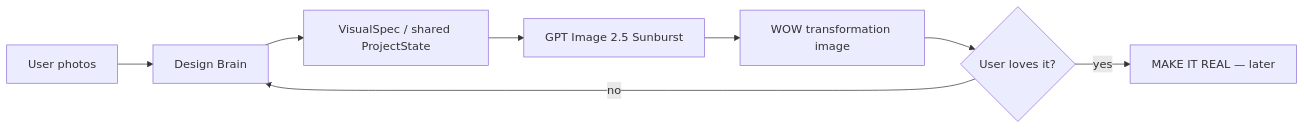
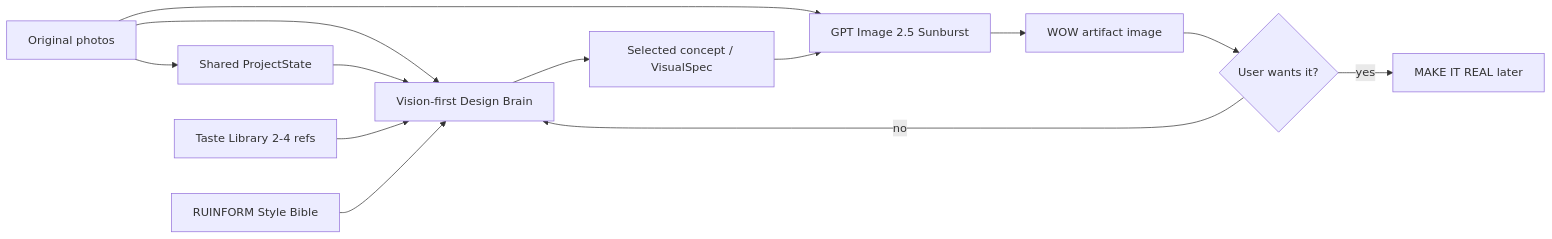
Before and after one commit to Alexanfr-God/ruinform-intelligence: the diagram in docs/RUINFORM_MVP_ROADMAP.md, drawn with Mermaid. The commit also changed other lines of this file and 6 other files, not shown here.

Commit message:
RFM-INT-0009: make Design Brain vision-first and add RUINFORM skill system

````diff
--- a/docs/RUINFORM_MVP_ROADMAP.md
+++ b/docs/RUINFORM_MVP_ROADMAP.md
@@ -26,10 +29,15 @@
 ```mermaid
 flowchart LR
-    A[User photos] --> B[Design Brain]
-    B --> C[VisualSpec / shared ProjectState]
-    C --> D[GPT Image 2.5 Sunburst]
-    D --> E[WOW transformation image]
-    E --> F{User loves it?}
-    F -- yes --> G[MAKE IT REAL — later]
-    F -- no --> B
+    A[Original photos] --> B[Shared ProjectState]
+    A --> C[Vision-first Design Brain]
+    B --> C
+    T[Taste Library 2-4 refs] --> C
+    S[RUINFORM Style Bible] --> C
+    C --> D[Selected concept / VisualSpec]
+    A --> E[GPT Image 2.5 Sunburst]
+    D --> E
+    E --> F[WOW artifact image]
+    F --> G{User wants it?}
+    G -- yes --> H[MAKE IT REAL later]
+    G -- no --> C
 ```
````
